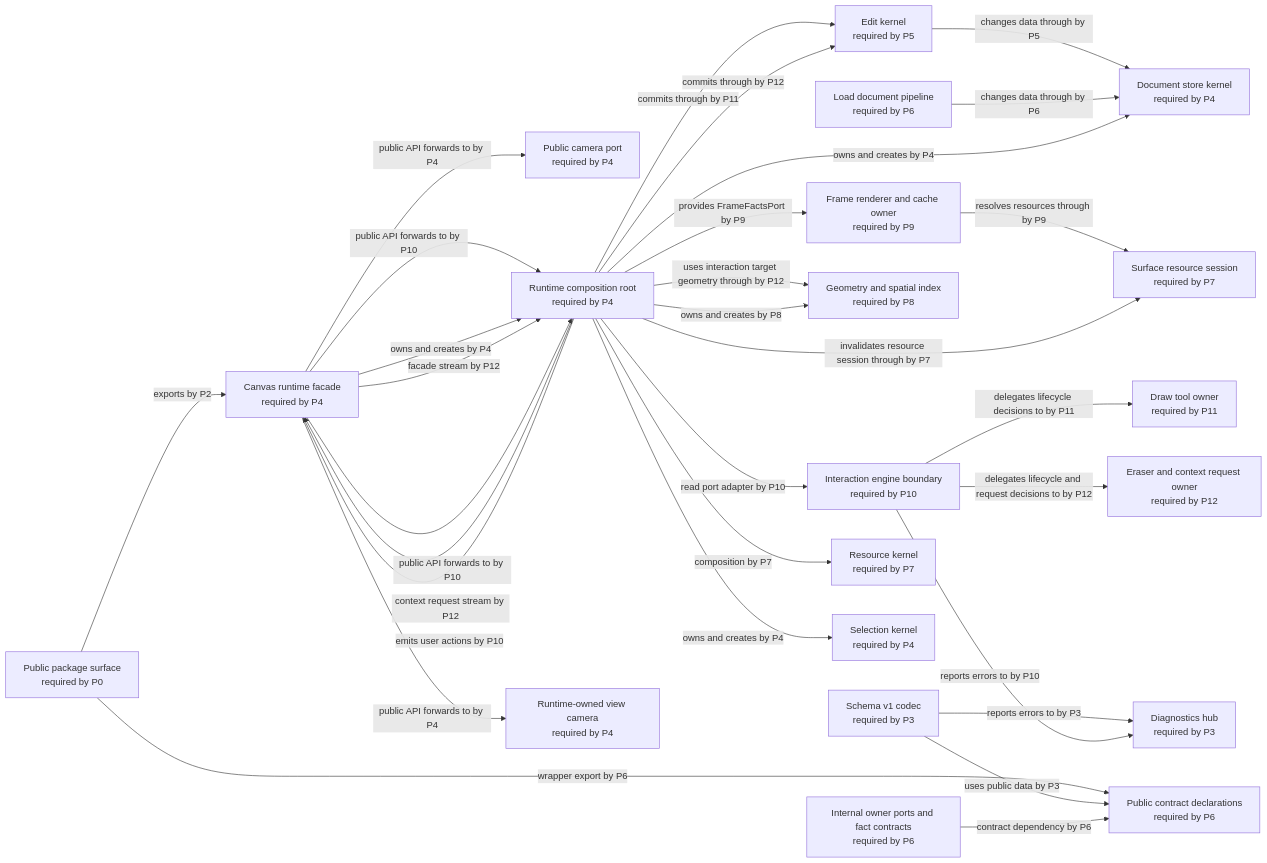
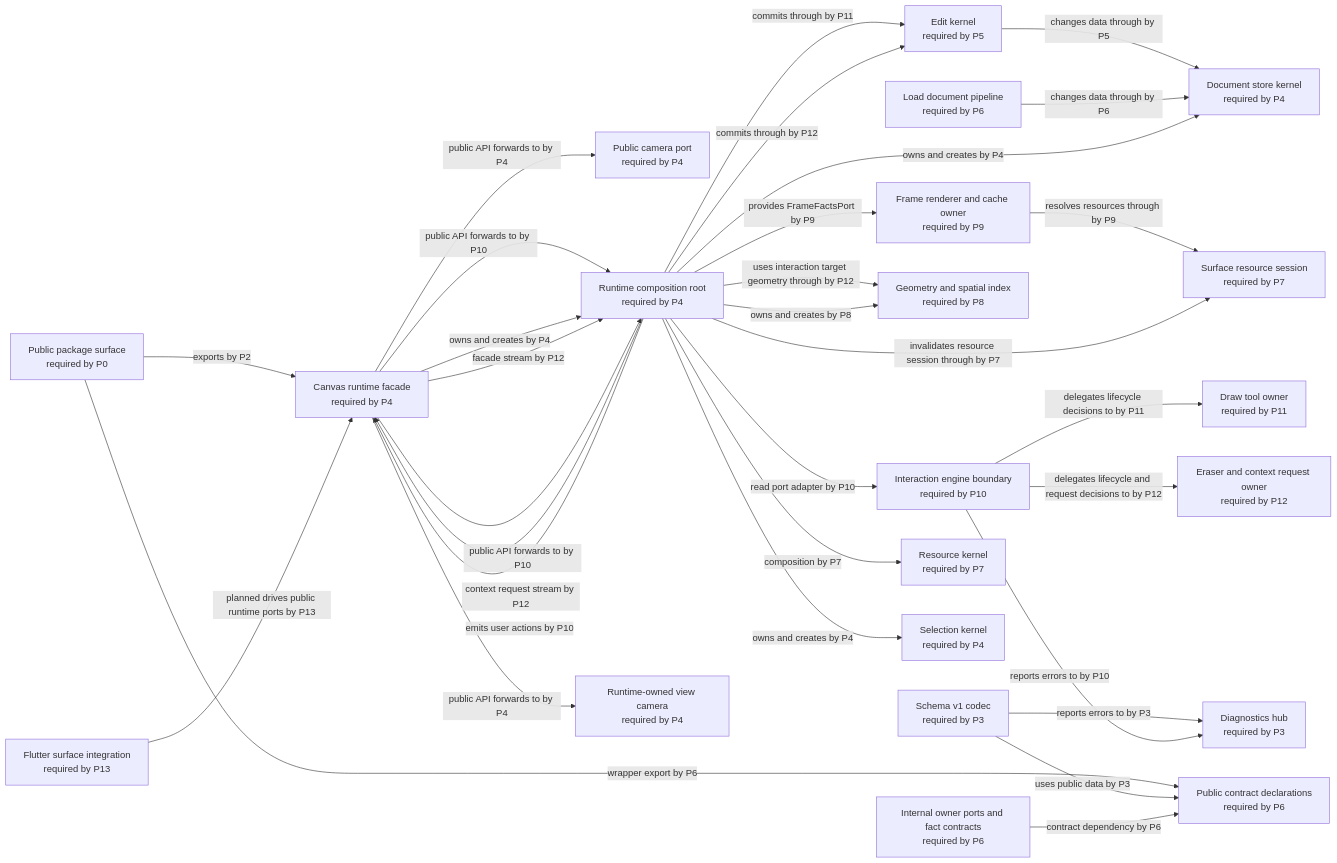
The diagram in docs/diagrams/generated/current_phase.mmd (GreatPika/iwb_canvas_engine), drawn with Mermaid before and after one commit. The commit also changed 40 other files, not shown here.

```diff
--- a/docs/diagrams/generated/current_phase.mmd
+++ b/docs/diagrams/generated/current_phase.mmd
@@ -1,54 +1,56 @@
 %% GENERATED FILE. Do not edit by hand.
 %% Source: docs/architecture/architecture_graph.yaml
 %% View: Selected phase architecture graph
-%% Selected phase: P12
+%% Selected phase: P13
 flowchart LR
   api_camera_port["Public camera port<br/>required by P4"]
   api_canvas_runtime["Canvas runtime facade<br/>required by P4"]
   api_public_surface["Public package surface<br/>required by P0"]
   codec_schema_v1["Schema v1 codec<br/>required by P3"]
   contracts_internal_ports["Internal owner ports and fact contracts<br/>required by P6"]
   contracts_public["Public contract declarations<br/>required by P6"]
   diagnostics_hub["Diagnostics hub<br/>required by P3"]
   draw_tools["Draw tool owner<br/>required by P11"]
   edit_kernel["Edit kernel<br/>required by P5"]
   eraser_context_request["Eraser and context request owner<br/>required by P12"]
+  flutter_surface["Flutter surface integration<br/>required by P13"]
   frame_renderer["Frame renderer and cache owner<br/>required by P9"]
   geometry_spatial_index["Geometry and spatial index<br/>required by P8"]
   interaction_engine["Interaction engine boundary<br/>required by P10"]
   load_document_pipeline["Load document pipeline<br/>required by P6"]
   resource_kernel["Resource kernel<br/>required by P7"]
   resource_surface_session["Surface resource session<br/>required by P7"]
   runtime_root["Runtime composition root<br/>required by P4"]
   runtime_view_camera["Runtime-owned view camera<br/>required by P4"]
   selection_kernel["Selection kernel<br/>required by P4"]
   store_document_kernel["Document store kernel<br/>required by P4"]
   api_canvas_runtime -->|public API forwards to by P4| runtime_view_camera
   api_canvas_runtime -->|public API forwards to by P10| runtime_root
   api_canvas_runtime -->|owns and creates by P4| runtime_root
   api_canvas_runtime -->|facade stream by P12| runtime_root
   api_canvas_runtime -->|public API forwards to by P4| api_camera_port
   api_canvas_runtime -->|public API forwards to by P10| runtime_root
   api_public_surface -->|exports by P2| api_canvas_runtime
   api_public_surface -->|wrapper export by P6| contracts_public
   codec_schema_v1 -->|reports errors to by P3| diagnostics_hub
   codec_schema_v1 -->|uses public data by P3| contracts_public
   contracts_internal_ports -->|contract dependency by P6| contracts_public
   runtime_root -->|commits through by P11| edit_kernel
   interaction_engine -->|delegates lifecycle decisions to by P11| draw_tools
   edit_kernel -->|changes data through by P5| store_document_kernel
   runtime_root -->|commits through by P12| edit_kernel
   interaction_engine -->|delegates lifecycle and request decisions to by P12| eraser_context_request
   runtime_root -->|context request stream by P12| api_canvas_runtime
   runtime_root -->|uses interaction target geometry through by P12| geometry_spatial_index
+  flutter_surface -->|planned drives public runtime ports by P13| api_canvas_runtime
   frame_renderer -->|resolves resources through by P9| resource_surface_session
   interaction_engine -->|reports errors to by P10| diagnostics_hub
   load_document_pipeline -->|changes data through by P6| store_document_kernel
   runtime_root -->|owns and creates by P8| geometry_spatial_index
   runtime_root -->|provides FrameFactsPort by P9| frame_renderer
   runtime_root -->|emits user actions by P10| api_canvas_runtime
   runtime_root -->|invalidates resource session through by P7| resource_surface_session
   runtime_root -->|composition by P7| resource_kernel
   runtime_root -->|owns and creates by P4| selection_kernel
   runtime_root -->|owns and creates by P4| store_document_kernel
   runtime_root -->|read port adapter by P10| interaction_engine
```
